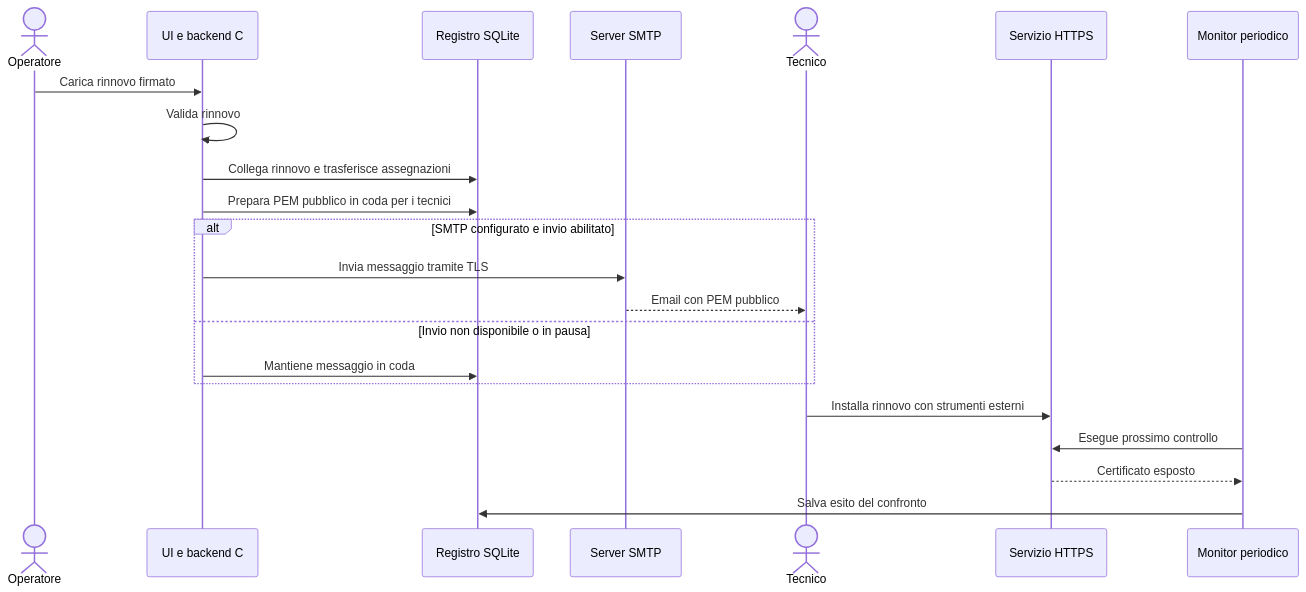
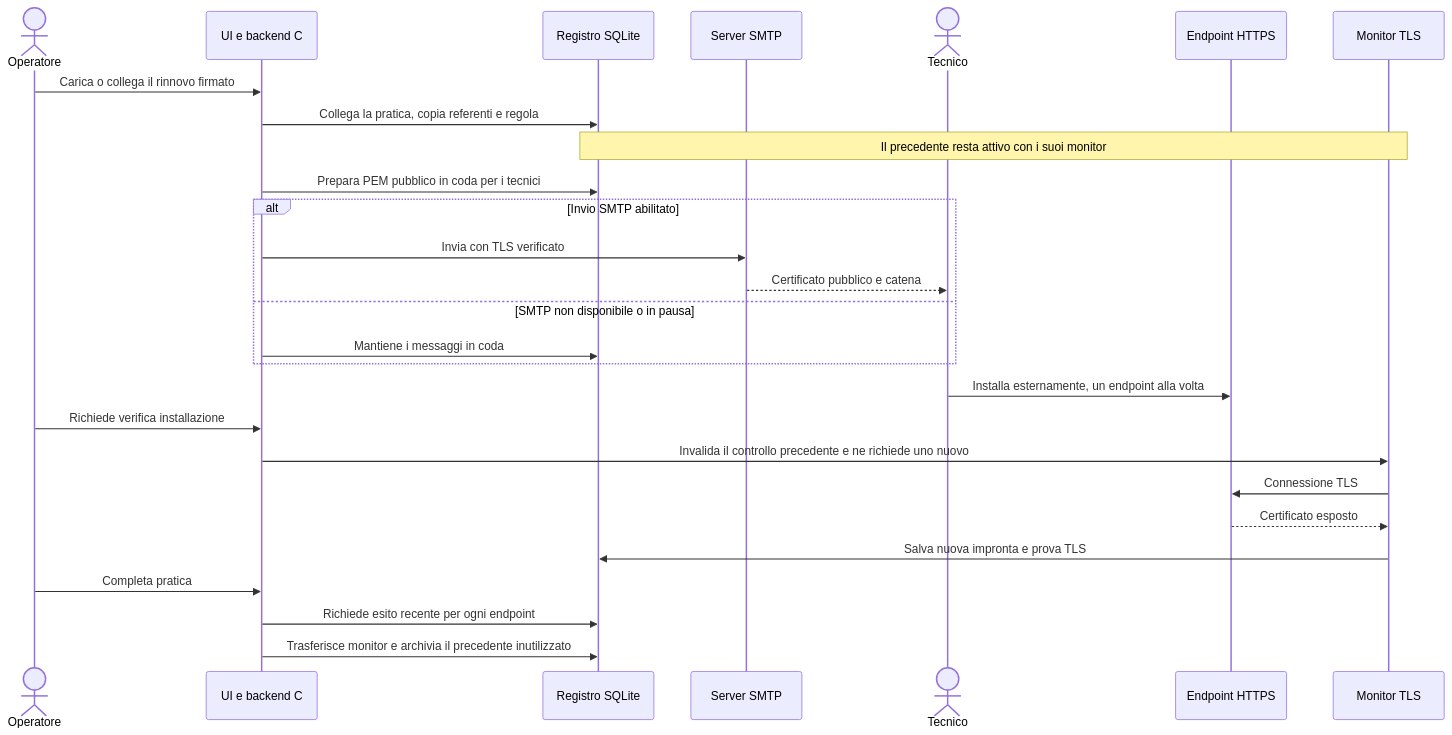
Before and after one commit to GiorgioOppo/Certificate-Manager: the second of 2 diagrams in docs/WORKFLOW.it.md, drawn with Mermaid. The commit also changed other lines of this file and 37 other files, not shown here.

````diff
--- a/docs/WORKFLOW.it.md
+++ b/docs/WORKFLOW.it.md
@@ -79,24 +94,29 @@
 ```mermaid
 sequenceDiagram
     actor Operatore
     participant App as UI e backend C
     participant DB as Registro SQLite
     participant SMTP as Server SMTP
     actor Tecnico
-    participant Servizio as Servizio HTTPS
-    participant Monitor as Monitor periodico
-    Operatore->>App: Carica rinnovo firmato
-    App->>App: Valida rinnovo
-    App->>DB: Collega rinnovo e trasferisce assegnazioni
+    participant Servizi as Endpoint HTTPS
+    participant Monitor as Monitor TLS
+    Operatore->>App: Carica o collega il rinnovo firmato
+    App->>DB: Collega la pratica, copia referenti e regola
+    Note over DB,Monitor: Il precedente resta attivo con i suoi monitor
     App->>DB: Prepara PEM pubblico in coda per i tecnici
-    alt SMTP configurato e invio abilitato
-        App->>SMTP: Invia messaggio tramite TLS
-        SMTP-->>Tecnico: Email con PEM pubblico
-    else Invio non disponibile o in pausa
-        App->>DB: Mantiene messaggio in coda
+    alt Invio SMTP abilitato
+        App->>SMTP: Invia con TLS verificato
+        SMTP-->>Tecnico: Certificato pubblico e catena
+    else SMTP non disponibile o in pausa
+        App->>DB: Mantiene i messaggi in coda
     end
-    Tecnico->>Servizio: Installa rinnovo con strumenti esterni
-    Monitor->>Servizio: Esegue prossimo controllo
-    Servizio-->>Monitor: Certificato esposto
-    Monitor->>DB: Salva esito del confronto
+    Tecnico->>Servizi: Installa esternamente, un endpoint alla volta
+    Operatore->>App: Richiede verifica installazione
+    App->>Monitor: Invalida il controllo precedente e ne richiede uno nuovo
+    Monitor->>Servizi: Connessione TLS
+    Servizi-->>Monitor: Certificato esposto
+    Monitor->>DB: Salva nuova impronta e prova TLS
+    Operatore->>App: Completa pratica
+    App->>DB: Richiede esito recente per ogni endpoint
+    App->>DB: Trasferisce monitor e archivia il precedente inutilizzato
 ```
````
